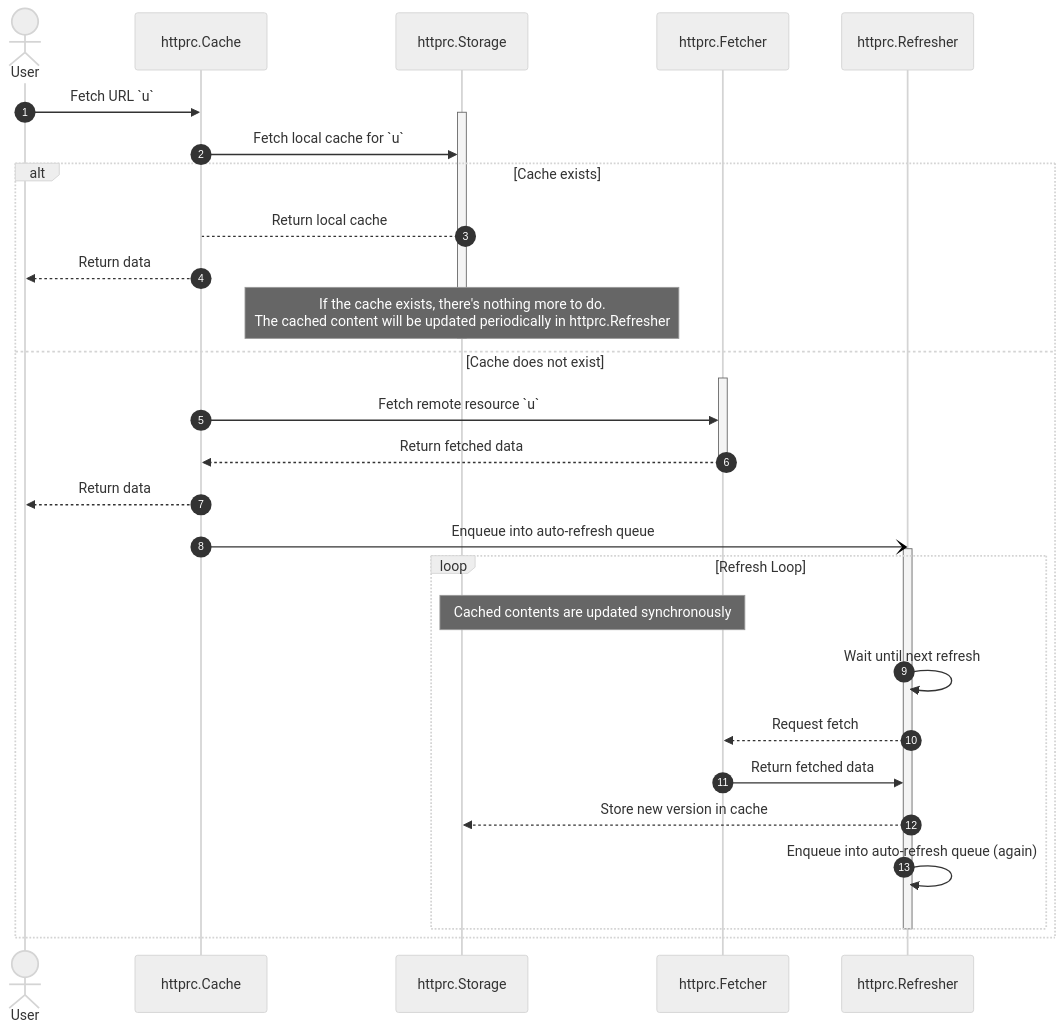
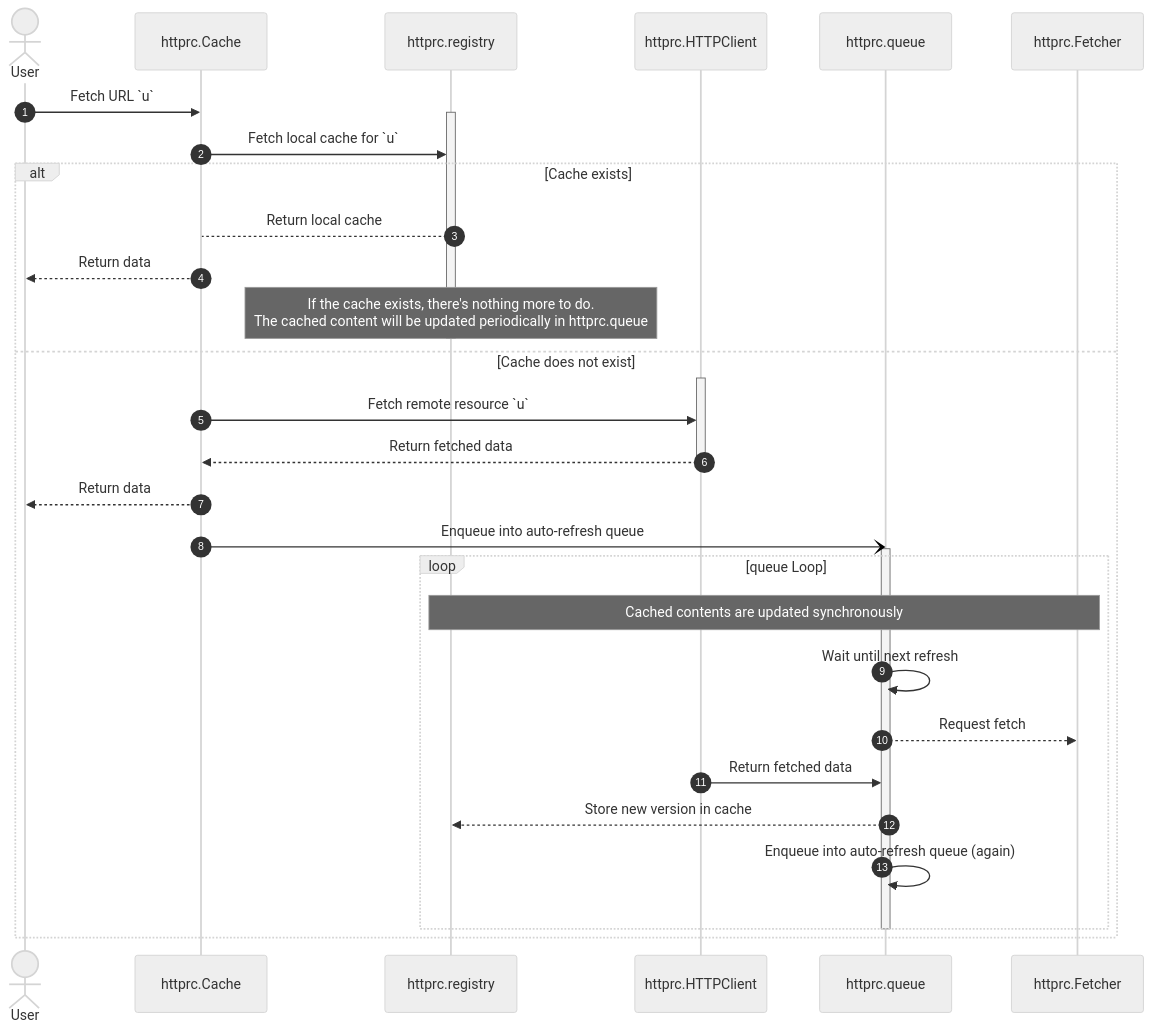
One commit to lestrrat-go/httprc changed the diagram in README.md. Above: the diagram before and after it, drawn with Mermaid (neutral theme).

Commit message:
update diagram

````diff
--- a/README.md
+++ b/README.md
@@ -98,33 +98,34 @@
 ```mermaid
 sequenceDiagram
   autonumber
   actor User
   participant httprc.Cache
-  participant httprc.Storage
+  participant httprc.registry
+  participant httprc.HTTPClient
   User->>httprc.Cache: Fetch URL `u`
-  activate httprc.Storage
-  httprc.Cache->>httprc.Storage: Fetch local cache for `u`
+  activate httprc.registry
+  httprc.Cache->>httprc.registry: Fetch local cache for `u`
   alt Cache exists
-    httprc.Storage-->httprc.Cache: Return local cache
+    httprc.registry-->httprc.Cache: Return local cache
     httprc.Cache-->>User: Return data
-    Note over httprc.Storage: If the cache exists, there's nothing more to do.<br />The cached content will be updated periodically in httprc.Refresher
-    deactivate httprc.Storage
+    Note over httprc.registry: If the cache exists, there's nothing more to do.<br />The cached content will be updated periodically in httprc.queue
+    deactivate httprc.registry
   else Cache does not exist
-    activate httprc.Fetcher
-    httprc.Cache->>httprc.Fetcher: Fetch remote resource `u`
-    httprc.Fetcher-->>httprc.Cache: Return fetched data
-    deactivate httprc.Fetcher
+    activate httprc.HTTPClient
+    httprc.Cache->>httprc.HTTPClient: Fetch remote resource `u`
+    httprc.HTTPClient-->>httprc.Cache: Return fetched data
+    deactivate httprc.HTTPClient
     httprc.Cache-->>User: Return data
-    httprc.Cache-)httprc.Refresher: Enqueue into auto-refresh queue
-    activate httprc.Refresher
-    loop Refresh Loop
-      Note over httprc.Storage,httprc.Fetcher: Cached contents are updated synchronously
-      httprc.Refresher->>httprc.Refresher: Wait until next refresh
-      httprc.Refresher-->>httprc.Fetcher: Request fetch
-      httprc.Fetcher->>httprc.Refresher: Return fetched data
-      httprc.Refresher-->>httprc.Storage: Store new version in cache
-      httprc.Refresher->>httprc.Refresher: Enqueue into auto-refresh queue (again)
+    httprc.Cache-)httprc.queue: Enqueue into auto-refresh queue
+    activate httprc.queue
+    loop queue Loop
+      Note over httprc.registry,httprc.Fetcher: Cached contents are updated synchronously
+      httprc.queue->>httprc.queue: Wait until next refresh
+      httprc.queue-->>httprc.Fetcher: Request fetch
+      httprc.HTTPClient->>httprc.queue: Return fetched data
+      httprc.queue-->>httprc.registry: Store new version in cache
+      httprc.queue->>httprc.queue: Enqueue into auto-refresh queue (again)
     end
-    deactivate httprc.Refresher
+    deactivate httprc.queue
   end
 ```
````
